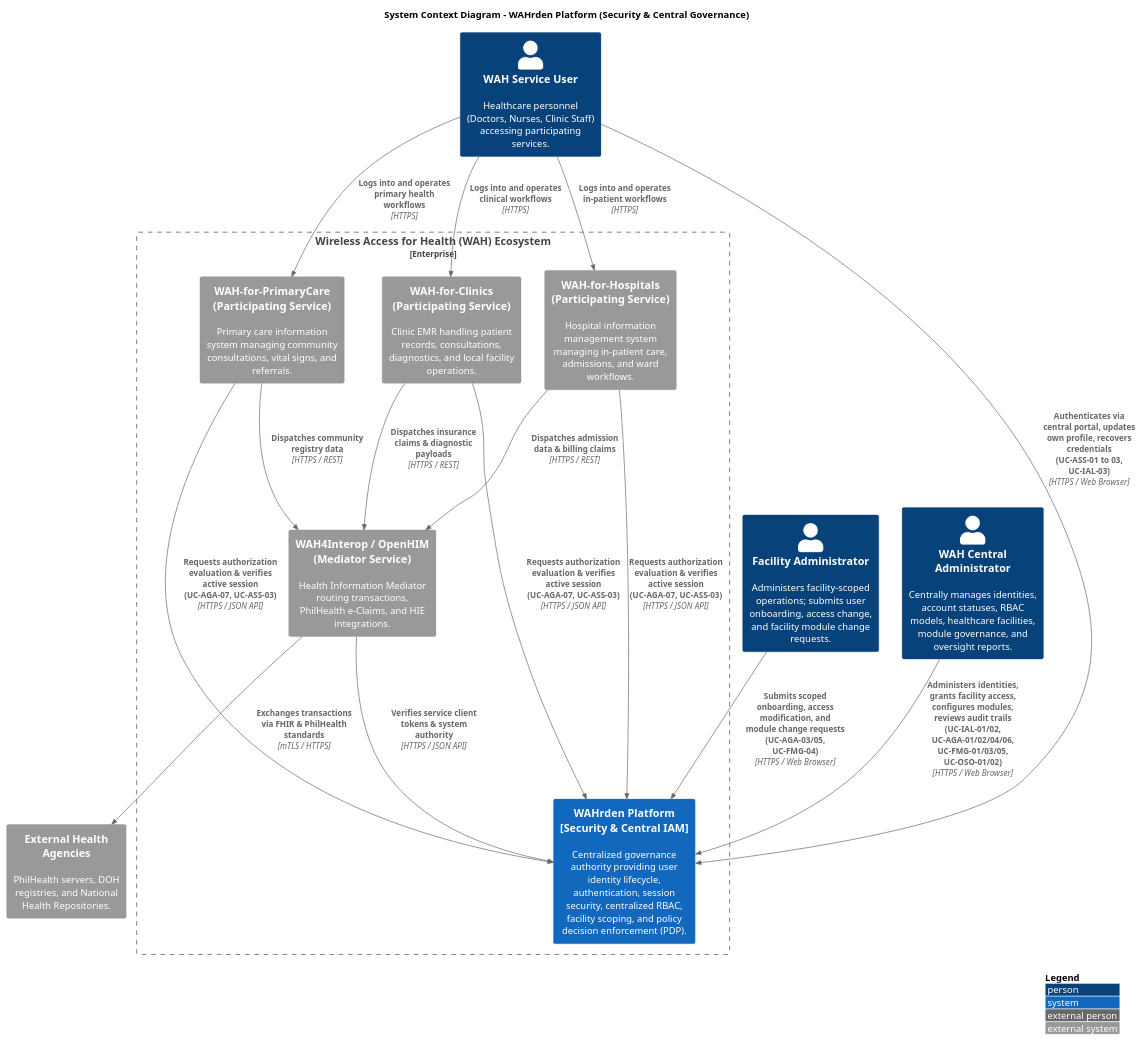
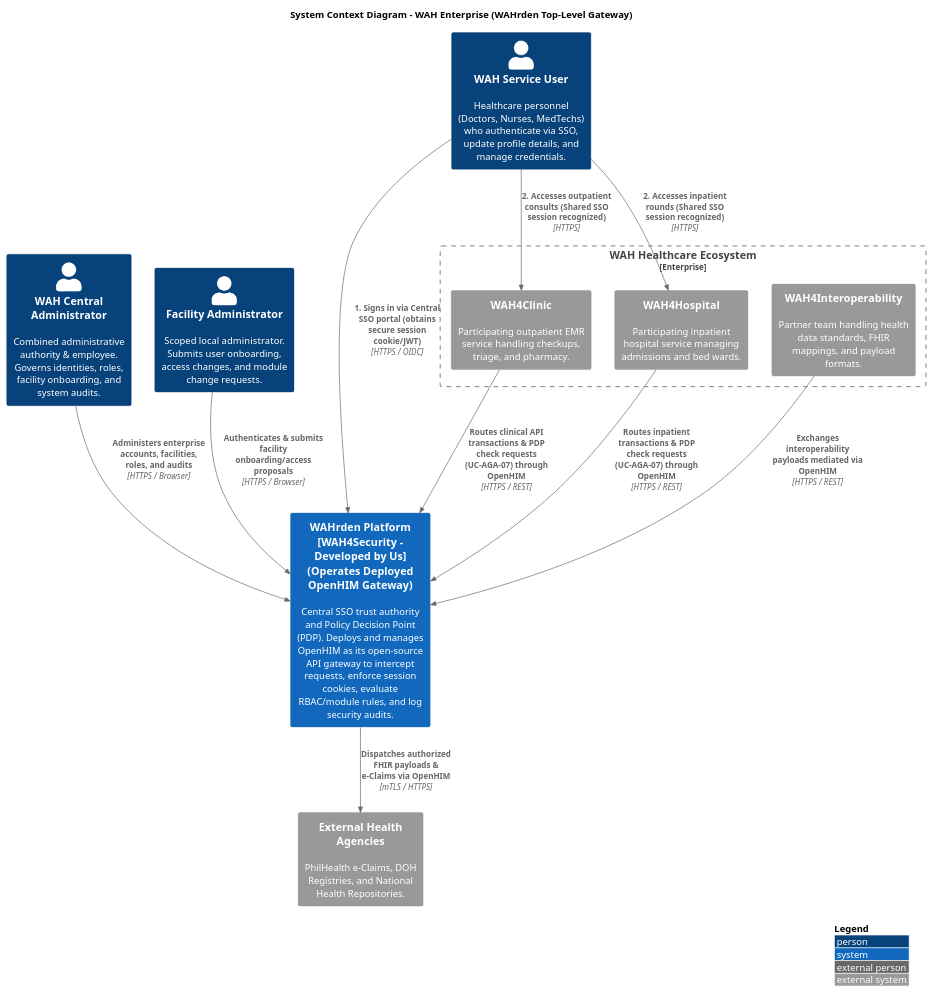
Before and after one commit to APC-SoCIT/APC-2026-2027-T1-SF241-G05-WAH4Security: the diagram in WAH4Security_C4Diagrams/SystemContextDiagram.puml, drawn with PlantUML.

Commit message:
Revise System Context Diagram for WAH Enterprise

```diff
--- a/WAH4Security_C4Diagrams/SystemContextDiagram.puml
+++ b/WAH4Security_C4Diagrams/SystemContextDiagram.puml
@@ -3,45 +3,52 @@
-@startuml C4_Level1_System_Context_Revised
+@startuml C4_Level1_System_Context_OpenHIM_OpenSource
 !include https://raw.githubusercontent.com/plantuml-stdlib/C4-PlantUML/master/C4_Context.puml
 
 LAYOUT_WITH_LEGEND()
 
-title System Context Diagram - WAHrden Platform (Security & Central Governance)
+title System Context Diagram - WAH Enterprise (WAHrden Top-Level Gateway)
 
-Person(central_admin, "WAH Central Administrator", "Centrally manages identities, account statuses, RBAC models, healthcare facilities, module governance, and oversight reports.")
-Person(facility_admin, "Facility Administrator", "Administers facility-scoped operations; submits user onboarding, access change, and facility module change requests.")
-Person(service_user, "WAH Service User", "Healthcare personnel (Doctors, Nurses, Clinic Staff) accessing participating services.")
+' ==============================================================================
+' ACTORS
+' ==============================================================================
+Person(central_admin, "WAH Central Administrator", "Combined administrative authority & employee. Governs identities, roles, facility onboarding, and system audits.")
+Person(facility_admin, "Facility Administrator", "Scoped local administrator. Submits user onboarding, access changes, and module change requests.")
+Person(service_user, "WAH Service User", "Healthcare personnel (Doctors, Nurses, MedTechs) who authenticate via SSO, update profile details, and manage credentials.")
 
-Enterprise_Boundary(wah_ecosystem, "Wireless Access for Health (WAH) Ecosystem") {
-    System(wahrden, "WAHrden Platform\n[Security & Central IAM]", "Centralized governance authority providing user identity lifecycle, authentication, session security, centralized RBAC, facility scoping, and policy decision enforcement (PDP).")
+' ==============================================================================
+' TOP-LEVEL SYSTEM: WAHRDEN (WAH4SECURITY)
+' ==============================================================================
+System(wahrden, "WAHrden Platform\n[WAH4Security - Developed by Us]\n(Operates Deployed OpenHIM Gateway)", "Central SSO trust authority and Policy Decision Point (PDP). Deploys and manages OpenHIM as its open-source API gateway to intercept requests, enforce session cookies, evaluate RBAC/module rules, and log security audits.")
 
-    System_Ext(wah4clinic, "WAH-for-Clinics\n(Participating Service)", "Clinic EMR handling patient records, consultations, diagnostics, and local facility operations.")
-    System_Ext(wah4hospital, "WAH-for-Hospitals\n(Participating Service)", "Hospital information management system managing in-patient care, admissions, and ward workflows.")
-    System_Ext(wah4pc, "WAH-for-PrimaryCare\n(Participating Service)", "Primary care information system managing community consultations, vital signs, and referrals.")
-    System_Ext(wah4interop, "WAH4Interop / OpenHIM\n(Mediator Service)", "Health Information Mediator routing transactions, PhilHealth e-Claims, and HIE integrations.")
+' ==============================================================================
+' PARTICIPATING ENTERPRISE TEAMS & SERVICES
+' ==============================================================================
+Enterprise_Boundary(wah_ecosystem, "WAH Healthcare Ecosystem") {
+    System_Ext(wah4clinic, "WAH4Clinic", "Participating outpatient EMR service handling checkups, triage, and pharmacy.")
+    System_Ext(wah4hospital, "WAH4Hospital", "Participating inpatient hospital service managing admissions and bed wards.")
+    System_Ext(wah4interop, "WAH4Interoperability", "Partner team handling health data standards, FHIR mappings, and payload formats.")
 }
 
-System_Ext(external_systems, "External Health Agencies", "PhilHealth servers, DOH registries, and National Health Repositories.")
+System_Ext(external_agencies, "External Health Agencies", "PhilHealth e-Claims, DOH Registries, and National Health Repositories.")
 
-' User Interactions with WAHrden
-Rel(service_user, wahrden, "Authenticates via central portal, updates own profile, recovers credentials\n(UC-ASS-01 to 03, UC-IAL-03)", "HTTPS / Web Browser")
-Rel(central_admin, wahrden, "Administers identities, grants facility access, configures modules, reviews audit trails\n(UC-IAL-01/02, UC-AGA-01/02/04/06, UC-FMG-01/03/05, UC-OSO-01/02)", "HTTPS / Web Browser")
-Rel(facility_admin, wahrden, "Submits scoped onboarding, access modification, and module change requests\n(UC-AGA-03/05, UC-FMG-04)", "HTTPS / Web Browser")
+' ==============================================================================
+' INTERACTIONS
+' ==============================================================================
 
-' User Interactions with Participating Services
-Rel(service_user, wah4clinic, "Logs into and operates clinical workflows", "HTTPS")
-Rel(service_user, wah4hospital, "Logs into and operates in-patient workflows", "HTTPS")
-Rel(service_user, wah4pc, "Logs into and operates primary health workflows", "HTTPS")
+' 1. SSO INGRESS
+Rel(central_admin, wahrden, "Administers enterprise accounts, facilities, roles, and audits", "HTTPS / Browser")
+Rel(facility_admin, wahrden, "Authenticates & submits facility onboarding/access proposals", "HTTPS / Browser")
+Rel(service_user, wahrden, "1. Signs in via Central SSO portal (obtains secure session cookie/JWT)", "HTTPS / OIDC")
 
-' Participating Services Auth Checks with WAHrden
-Rel(wah4clinic, wahrden, "Requests authorization evaluation & verifies active session\n(UC-AGA-07, UC-ASS-03)", "HTTPS / JSON API")
-Rel(wah4hospital, wahrden, "Requests authorization evaluation & verifies active session\n(UC-AGA-07, UC-ASS-03)", "HTTPS / JSON API")
-Rel(wah4pc, wahrden, "Requests authorization evaluation & verifies active session\n(UC-AGA-07, UC-ASS-03)", "HTTPS / JSON API")
-Rel(wah4interop, wahrden, "Verifies service client tokens & system authority", "HTTPS / JSON API")
+' 2. DOWNSTREAM ACCESS
+Rel(service_user, wah4clinic, "2. Accesses outpatient consults (Shared SSO session recognized)", "HTTPS")
+Rel(service_user, wah4hospital, "2. Accesses inpatient rounds (Shared SSO session recognized)", "HTTPS")
 
-' Interop & External Transactions
-Rel(wah4clinic, wah4interop, "Dispatches insurance claims & diagnostic payloads", "HTTPS / REST")
-Rel(wah4hospital, wah4interop, "Dispatches admission data & billing claims", "HTTPS / REST")
-Rel(wah4pc, wah4interop, "Dispatches community registry data", "HTTPS / REST")
-Rel(wah4interop, external_systems, "Exchanges transactions via FHIR & PhilHealth standards", "mTLS / HTTPS")
+' 3. CLINICAL CALLS VIA DEPLOYED OPENHIM GATEWAY
+Rel(wah4clinic, wahrden, "Routes clinical API transactions & PDP check requests (UC-AGA-07) through OpenHIM", "HTTPS / REST")
+Rel(wah4hospital, wahrden, "Routes inpatient transactions & PDP check requests (UC-AGA-07) through OpenHIM", "HTTPS / REST")
+Rel(wah4interop, wahrden, "Exchanges interoperability payloads mediated via OpenHIM", "HTTPS / REST")
+
+' 4. OUTBOUND DISPATCH
+Rel(wahrden, external_agencies, "Dispatches authorized FHIR payloads & e-Claims via OpenHIM", "mTLS / HTTPS")
 
 @enduml
```
